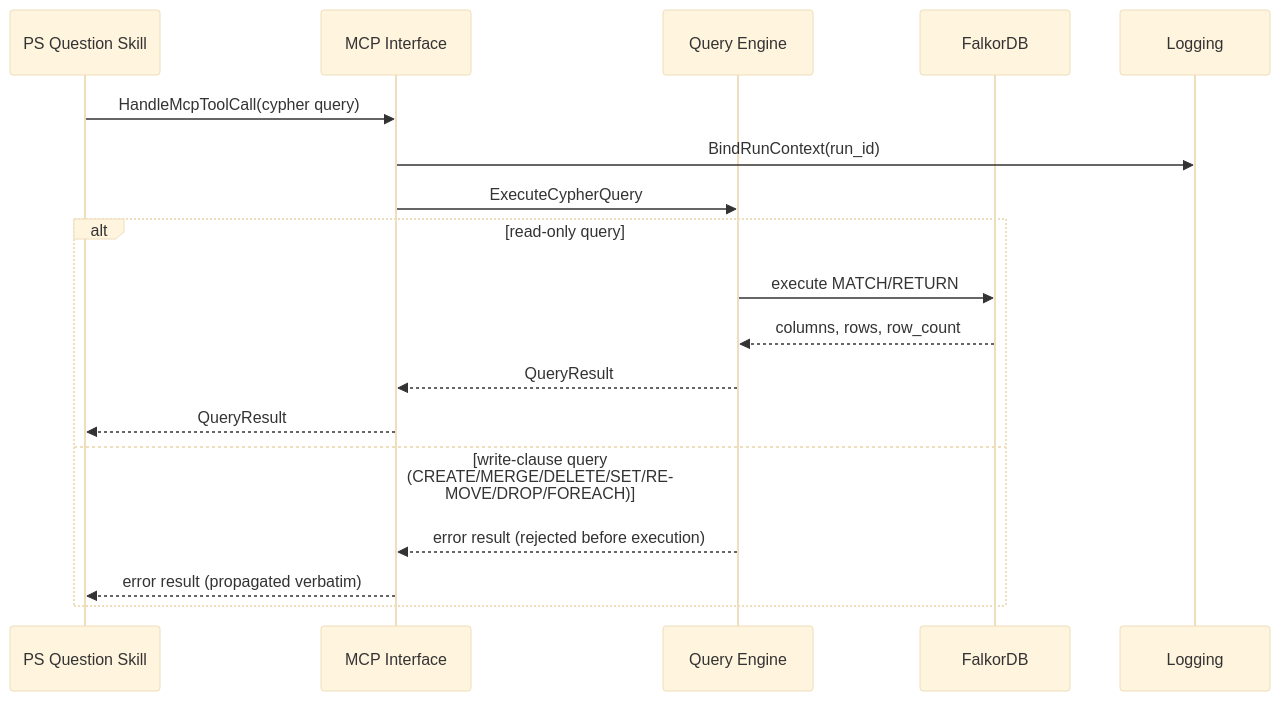
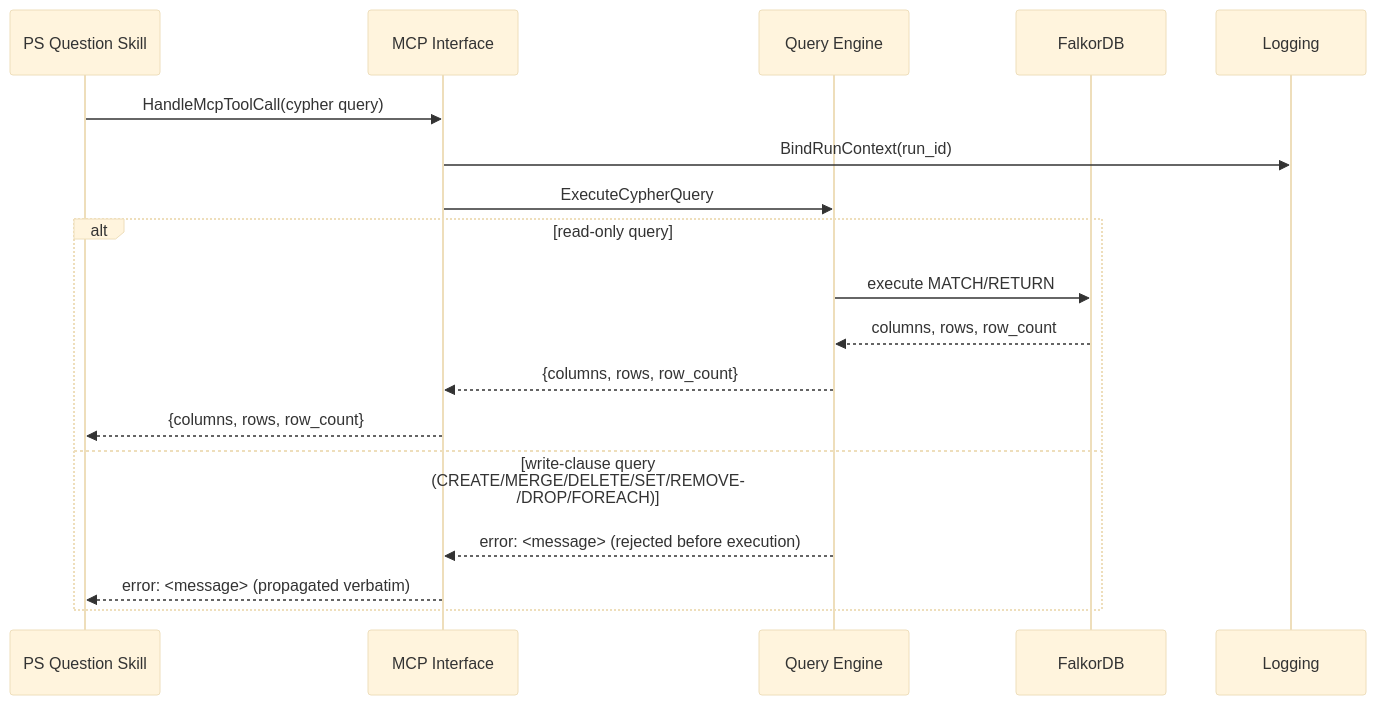
The third of 3 diagrams in docs/architecture/ps-service-container-architecture.md (mindovermachine-dev/policy-system), drawn with Mermaid (base theme) before and after one commit. The commit also changed other lines of this file, not shown here.

Commit message:
docs(fix): clarified query engine and mcp components

````diff
--- a/docs/architecture/ps-service-container-architecture.md
+++ b/docs/architecture/ps-service-container-architecture.md
@@ -646,22 +657,22 @@
 ```mermaid
 sequenceDiagram
     participant Skill as PS Question Skill
     participant MCP as MCP Interface
     participant QE as Query Engine
     participant DB as FalkorDB
     participant Logging
 
     Skill->>MCP: HandleMcpToolCall(cypher query)
     MCP->>Logging: BindRunContext(run_id)
     MCP->>QE: ExecuteCypherQuery
 
     alt read-only query
         QE->>DB: execute MATCH/RETURN
         DB-->>QE: columns, rows, row_count
-        QE-->>MCP: QueryResult
-        MCP-->>Skill: QueryResult
+        QE-->>MCP: {columns, rows, row_count}
+        MCP-->>Skill: {columns, rows, row_count}
     else write-clause query (CREATE/MERGE/DELETE/SET/REMOVE/DROP/FOREACH)
-        QE-->>MCP: error result (rejected before execution)
-        MCP-->>Skill: error result (propagated verbatim)
+        QE-->>MCP: error: <message> (rejected before execution)
+        MCP-->>Skill: error: <message> (propagated verbatim)
     end
 ```
````
